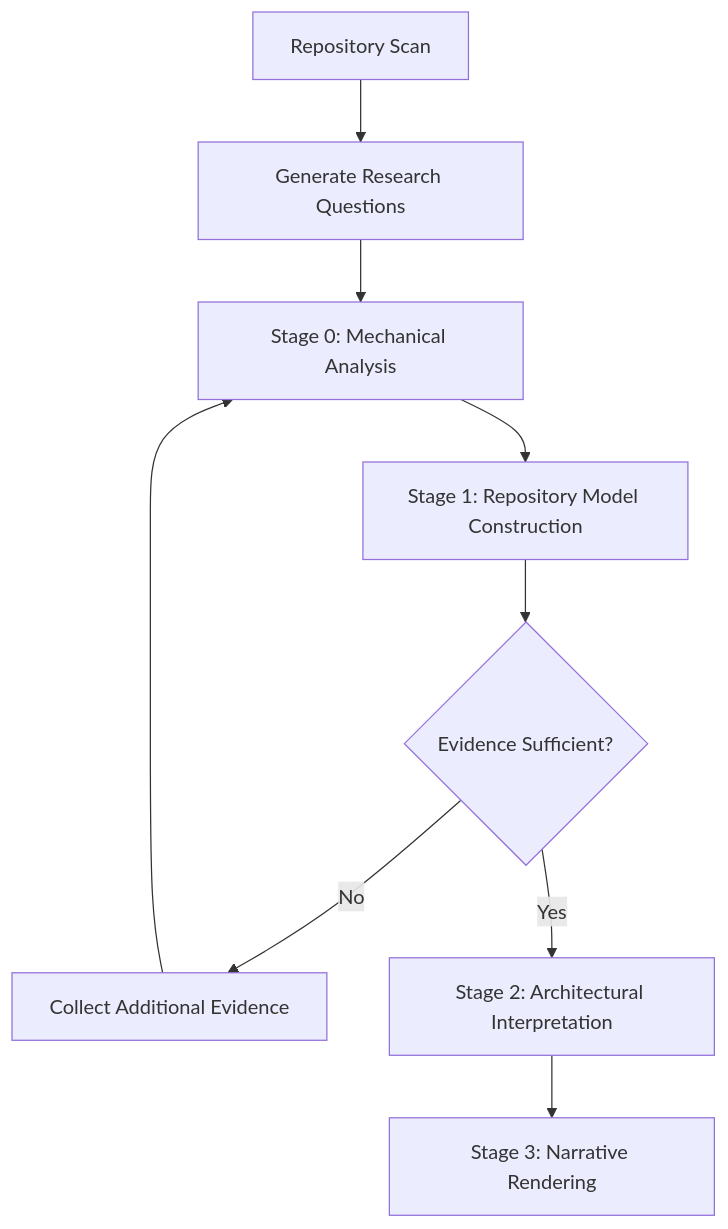
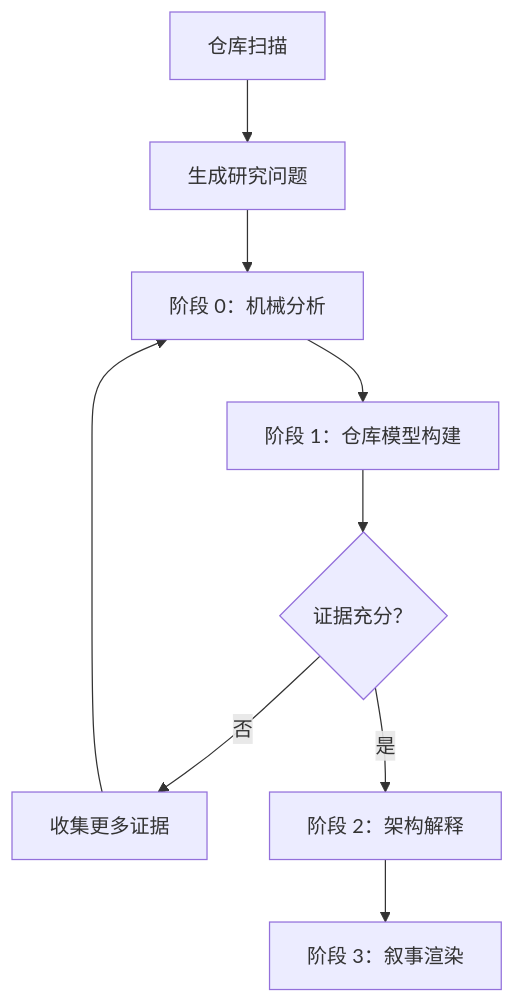
One commit to devweekly/devweekly.github.io changed the second of 2 diagrams in .trae/skills/repo-research-v2/methodology.md. Above: the diagram before and after it, drawn with Mermaid. The commit also changed other lines of this file and 2 other files, not shown here.

````diff
--- a/.trae/skills/repo-research-v2/methodology.md
+++ b/.trae/skills/repo-research-v2/methodology.md
@@ -59,11 +59,11 @@
 ```mermaid
 flowchart TD
-    A[Repository Scan] --> B[Generate Research Questions]
-    B --> C[Stage 0: Mechanical Analysis]
-    C --> D[Stage 1: Repository Model Construction]
-    D --> E{Evidence Sufficient?}
-    E -- No --> F[Collect Additional Evidence]
+    A[仓库扫描] --> B[生成研究问题]
+    B --> C[阶段 0：机械分析]
+    C --> D[阶段 1：仓库模型构建]
+    D --> E{证据充分？}
+    E -- 否 --> F[收集更多证据]
     F --> C
-    E -- Yes --> G[Stage 2: Architectural Interpretation]
-    G --> H[Stage 3: Narrative Rendering]
+    E -- 是 --> G[阶段 2：架构解释]
+    G --> H[阶段 3：叙事渲染]
 ```
````
